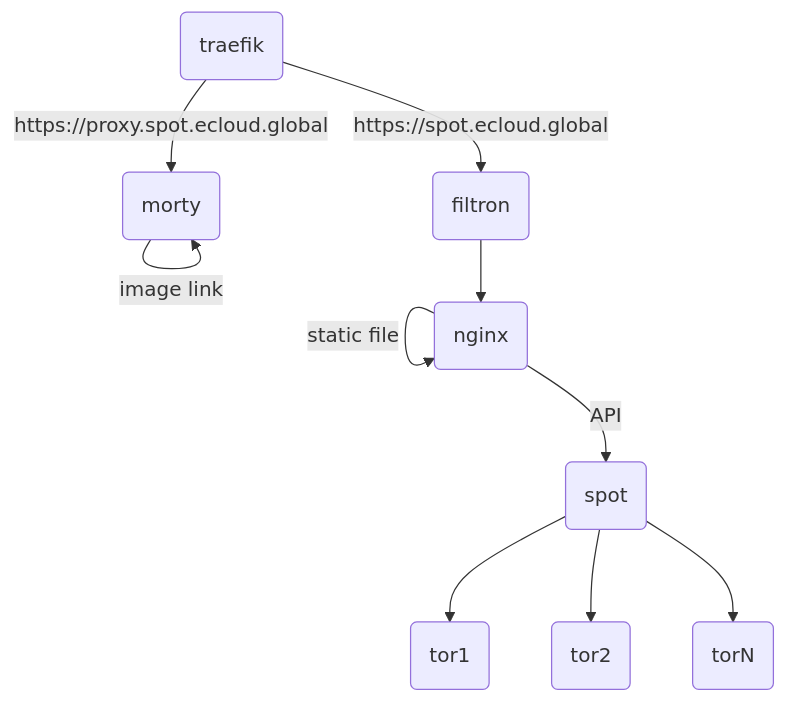
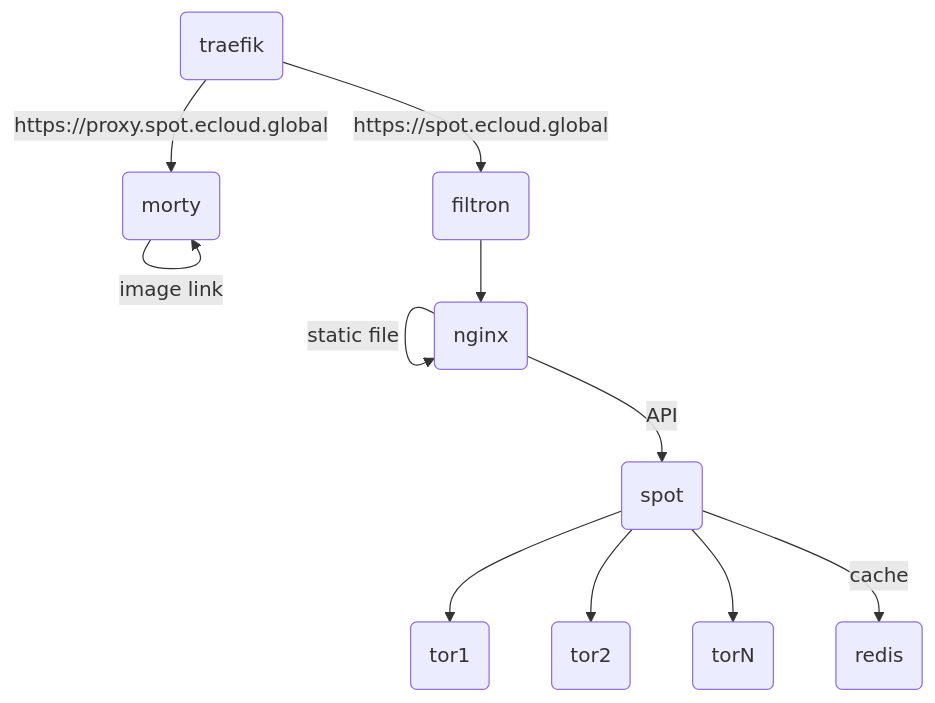
The diagram in README.md (nibblegap/searx-cache), drawn with Mermaid before and after one commit. The commit also changed other lines of this file and 5 other files, not shown here.

````diff
--- a/README.md
+++ b/README.md
@@ -27,12 +29,13 @@
 ```mermaid
 graph TD
   A(traefik) --> |https://spot.ecloud.global| B(filtron)
   A(traefik) --> |https://proxy.spot.ecloud.global| C(morty)
   C --> |image link| C
   B --> D(nginx)
   D --> |static file| D
   D --> |API| E(spot)
   E --> H(tor1)
   E --> I(tor2)
   E --> J(torN)
+  E --> |cache| K(redis)
 ```
````
